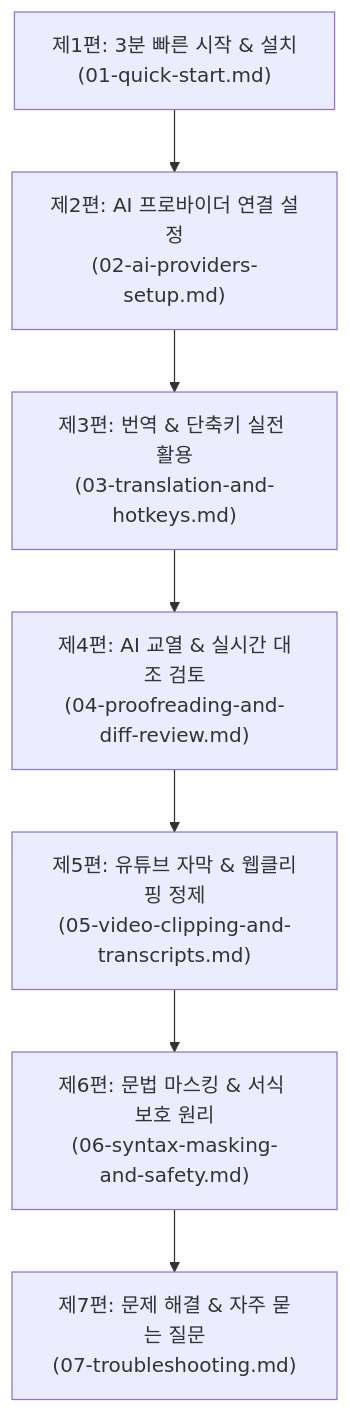
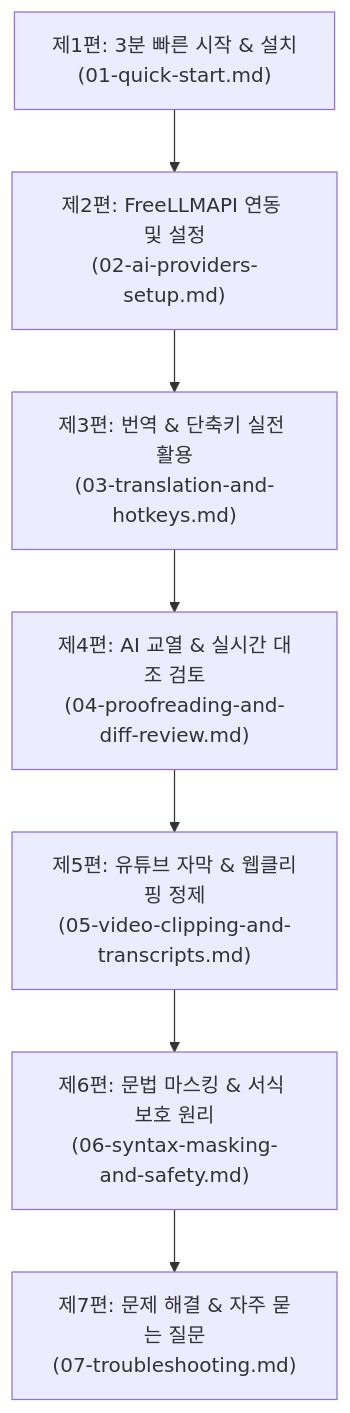
One commit to sparklings/emily changed the diagram in docs/README.md. Above: the diagram before and after it, drawn with Mermaid. The commit also changed other lines of this file and 8 other files, not shown here.

Commit message:
docs: remove BRAT, update to official community release, and make FreeLLMAPI exclusive

````diff
--- a/docs/README.md
+++ b/docs/README.md
@@ -24,17 +24,17 @@
 ```mermaid
 flowchart TD
     M1["제1편: 3분 빠른 시작 & 설치<br/>(01-quick-start.md)"]
-    M2["제2편: AI 프로바이더 연결 설정<br/>(02-ai-providers-setup.md)"]
+    M2["제2편: FreeLLMAPI 연동 및 설정<br/>(02-ai-providers-setup.md)"]
     M3["제3편: 번역 & 단축키 실전 활용<br/>(03-translation-and-hotkeys.md)"]
     M4["제4편: AI 교열 & 실시간 대조 검토<br/>(04-proofreading-and-diff-review.md)"]
     M5["제5편: 유튜브 자막 & 웹클리핑 정제<br/>(05-video-clipping-and-transcripts.md)"]
     M6["제6편: 문법 마스킹 & 서식 보호 원리<br/>(06-syntax-masking-and-safety.md)"]
     M7["제7편: 문제 해결 & 자주 묻는 질문<br/>(07-troubleshooting.md)"]
 
     M1 --> M2
     M2 --> M3
     M3 --> M4
     M4 --> M5
     M5 --> M6
     M6 --> M7
 ```
````
